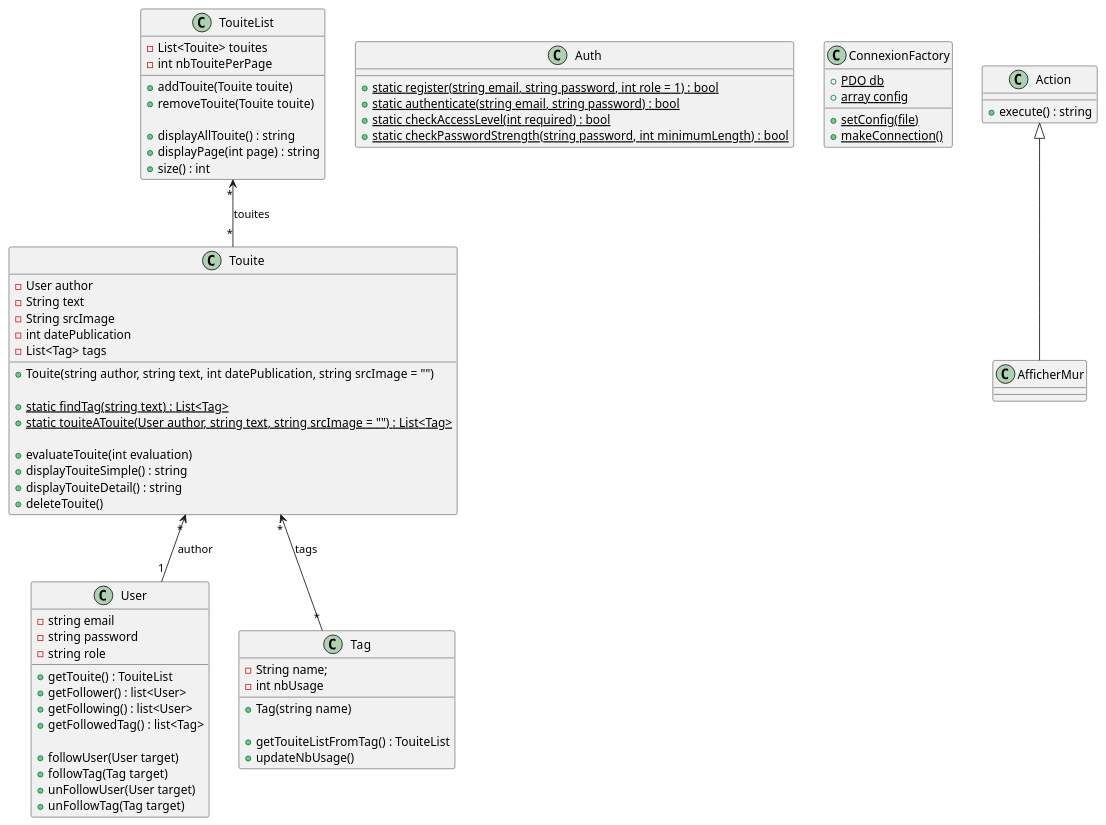
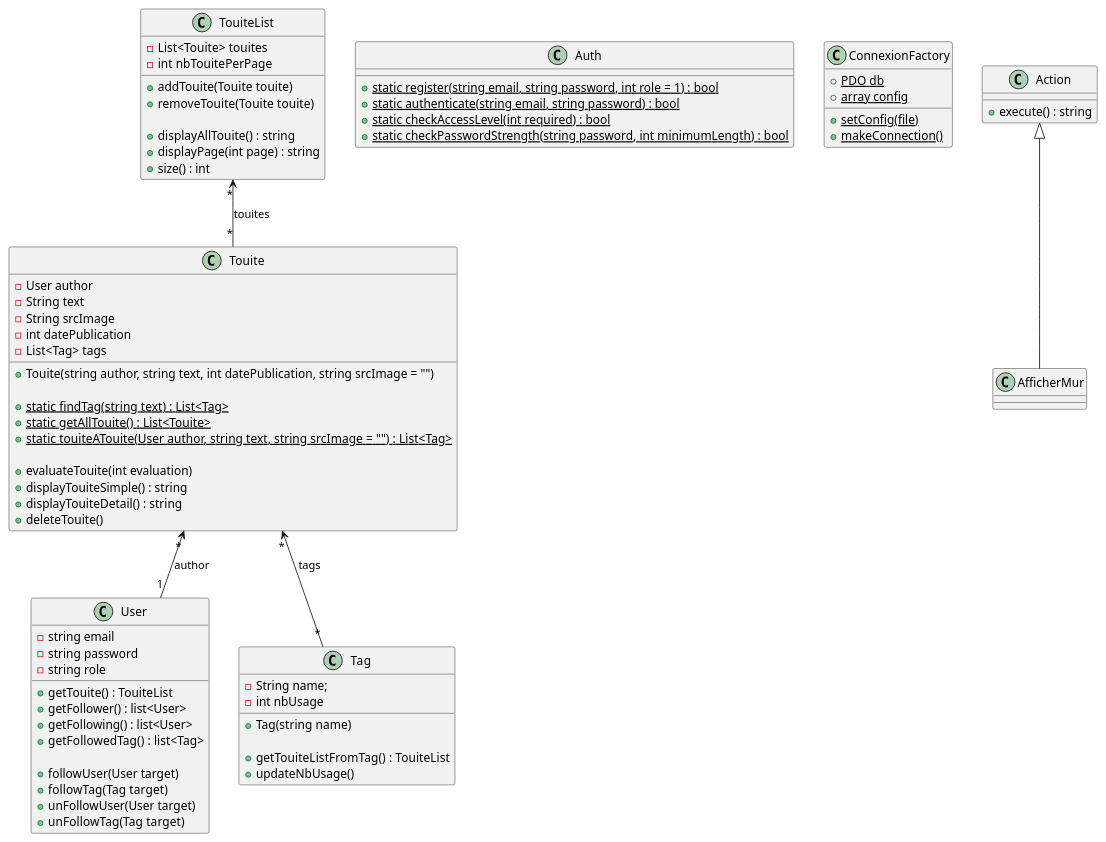
The diagram in src/ressource/Class_diagram.puml (Fiera42/Touiteur), drawn with PlantUML before and after one commit.

Commit message:
class diagram

```diff
--- a/src/ressource/Class_diagram.puml
+++ b/src/ressource/Class_diagram.puml
@@ -1,87 +1,88 @@
 @startuml
 
 class User {
   -string email
   -string password
   -string role
   
   +getTouite() : TouiteList
   +getFollower() : list<User>
   +getFollowing() : list<User>
   +getFollowedTag() : list<Tag>
   
   +followUser(User target)
   +followTag(Tag target)
   +unFollowUser(User target)
   +unFollowTag(Tag target)
 }
 
 class Touite {
   -User author
   -String text
   -String srcImage
   -int datePublication
   -List<Tag> tags
   
   +Touite(string author, string text, int datePublication, string srcImage = "")
   
   +{static}static findTag(string text) : List<Tag>
+  +{static}static getAllTouite() : List<Touite>
   +{static}static touiteATouite(User author, string text, string srcImage = "") : List<Tag>
   
   +evaluateTouite(int evaluation)
   +displayTouiteSimple() : string
   +displayTouiteDetail() : string
   +deleteTouite()
 }
 
 Touite "*" <-- "1" User : author
 Touite "*" <-- "*" Tag : tags
 
 class Tag {
   -String name;
   -int nbUsage
   
   +Tag(string name)
   
   +getTouiteListFromTag() : TouiteList
   +updateNbUsage()
 }
 
 class TouiteList {
   -List<Touite> touites
   -int nbTouitePerPage
   
   +addTouite(Touite touite)
   +removeTouite(Touite touite)
   
   +displayAllTouite() : string
   +displayPage(int page) : string
   +size() : int
 }
 
 TouiteList "*" <-- "*" Touite : touites
 
 class Auth {
   +{static}static register(string email, string password, int role = 1) : bool
   +{static}static authenticate(string email, string password) : bool
   +{static}static checkAccessLevel(int required) : bool
   +{static}static checkPasswordStrength(string password, int minimumLength) : bool
 }
 
 class ConnexionFactory {
   +{static} PDO db
   +{static} array config
   
   +{static} setConfig(file)
   +{static} makeConnection()
 }
 
 class Action {
   +execute() : string
 }
 
 class AfficherMur extends Action{
 
 }
 
 @enduml
```
